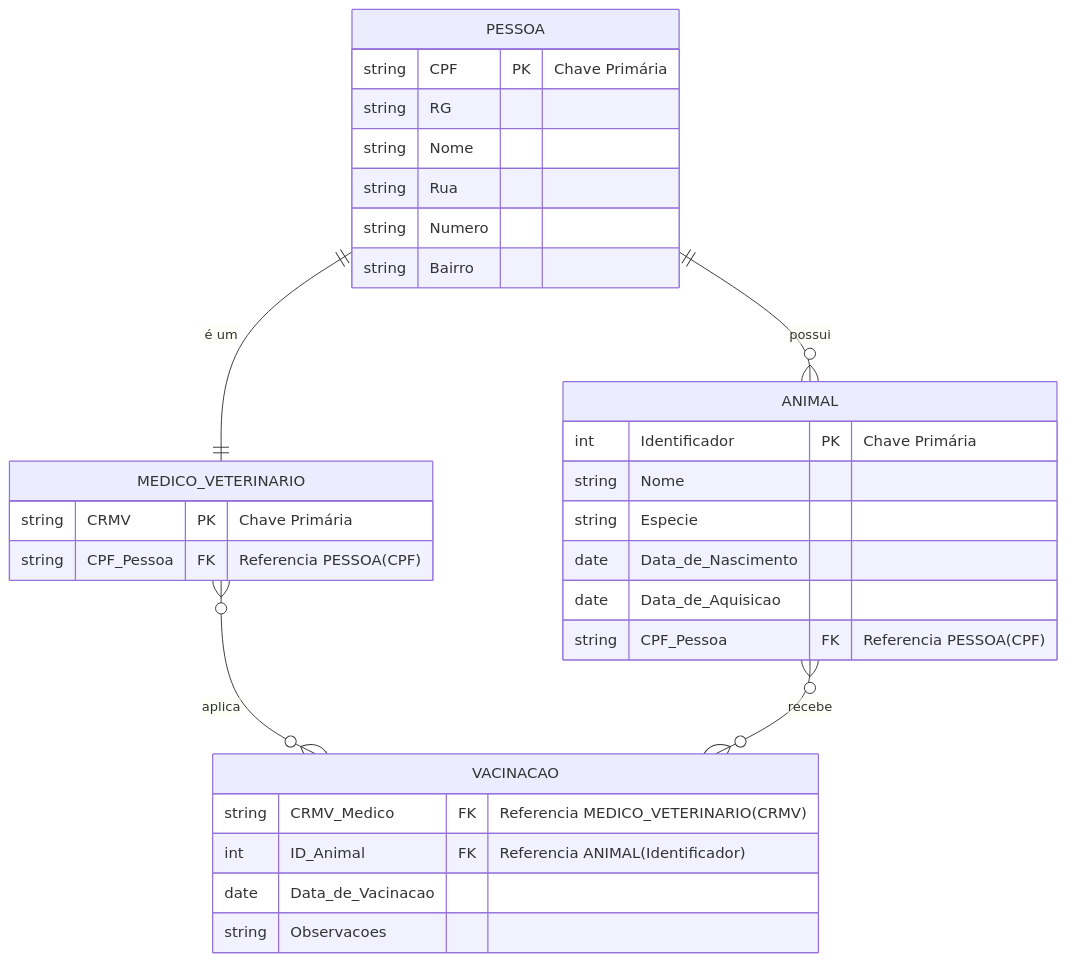
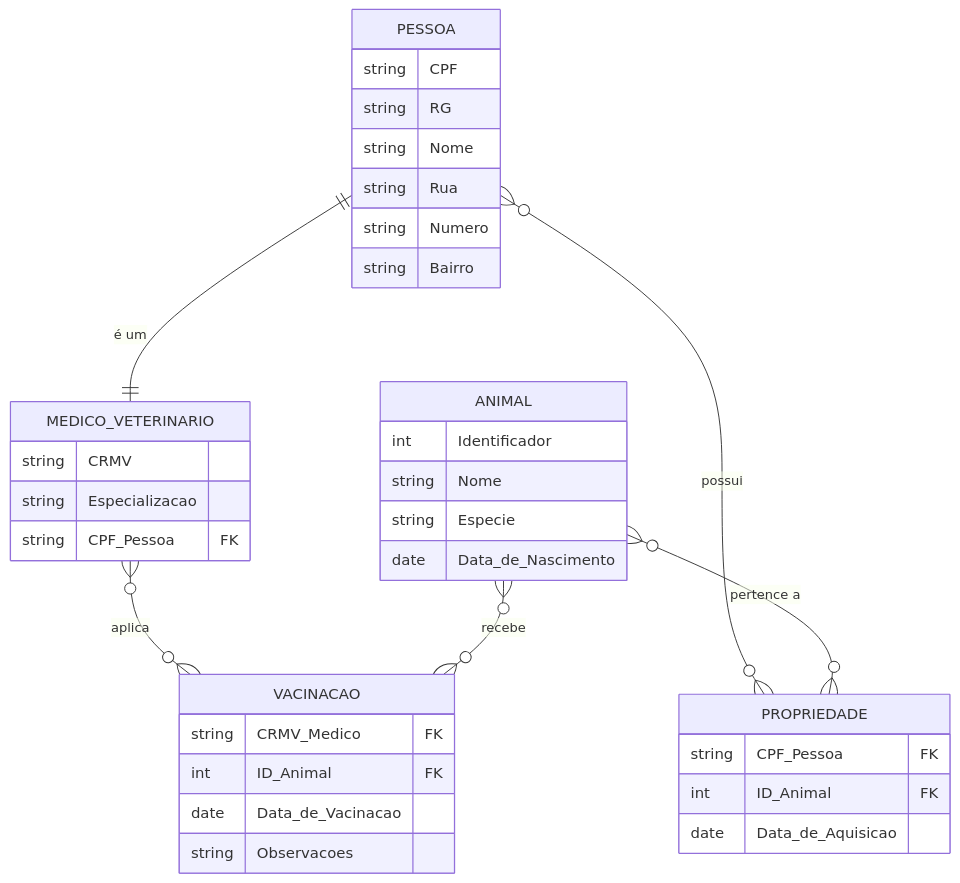
One commit to pedrinndias/AEDS-2 changed the diagram in C/Aulas/trabalhoBancoDados.md. Above: the diagram before and after it, drawn with Mermaid. The commit also changed other lines of this file, not shown here.

````diff
--- a/C/Aulas/trabalhoBancoDados.md
+++ b/C/Aulas/trabalhoBancoDados.md
@@ -1,38 +1,44 @@
 ```mermaid
 erDiagram
     PESSOA {
-        string CPF PK "Chave Primária"
+        string CPF
         string RG
         string Nome
         string Rua
         string Numero
         string Bairro
     }
 
     MEDICO_VETERINARIO {
-        string CRMV PK "Chave Primária"
-        string CPF_Pessoa FK "Referencia PESSOA(CPF)"
+        string CRMV
+        string Especializacao
+        string CPF_Pessoa FK
     }
 
     ANIMAL {
-        int Identificador PK "Chave Primária"
+        int Identificador
         string Nome
         string Especie
         date Data_de_Nascimento
+    }
+
+    PROPRIEDADE {
+        string CPF_Pessoa FK
+        int ID_Animal FK
         date Data_de_Aquisicao
-        string CPF_Pessoa FK "Referencia PESSOA(CPF)"
     }
 
     VACINACAO {
-        string CRMV_Medico FK "Referencia MEDICO_VETERINARIO(CRMV)"
-        int ID_Animal FK "Referencia ANIMAL(Identificador)"
+        string CRMV_Medico FK
+        int ID_Animal FK
         date Data_de_Vacinacao
         string Observacoes
     }
 
     PESSOA ||--|| MEDICO_VETERINARIO : "é um"
-    PESSOA ||--o{ ANIMAL : "possui"
+    PESSOA }o--o{ PROPRIEDADE : "possui"
+    ANIMAL }o--o{ PROPRIEDADE : "pertence a"
     MEDICO_VETERINARIO }o--o{ VACINACAO : "aplica"
     ANIMAL }o--o{ VACINACAO : "recebe"
 
 ```
````
